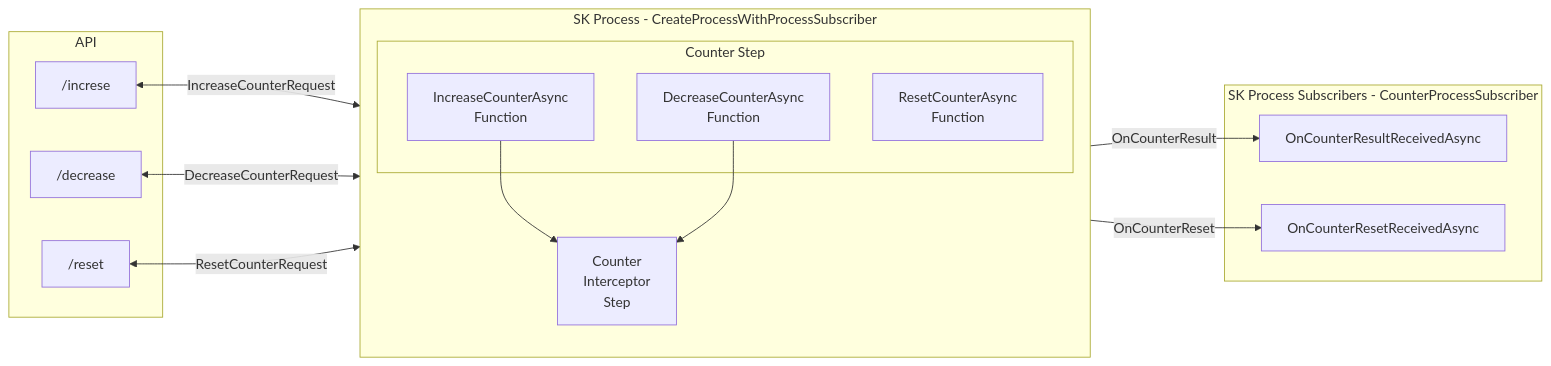
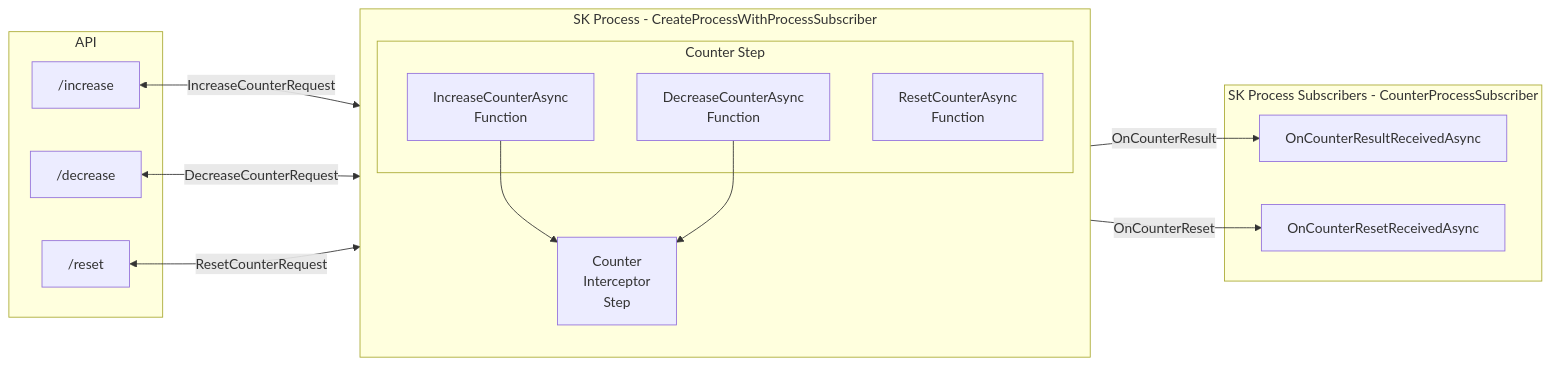
Before and after one commit to microsoft/semantic-kernel: the second of 2 diagrams in dotnet/samples/Demos/ProcessWithCloudEvents/README.md, drawn with Mermaid. The commit also changed other lines of this file, not shown here.

````diff
--- a/dotnet/samples/Demos/ProcessWithCloudEvents/README.md
+++ b/dotnet/samples/Demos/ProcessWithCloudEvents/README.md
@@ -107,33 +107,33 @@
 ```mermaid
 flowchart LR
     subgraph API  
-        ApiIncrease["/increse"]  
+        ApiIncrease["/increase"]  
         ApiDecrease["/decrease"]  
         ApiReset["/reset"]  
     end 
 
    subgraph process[SK Process - CreateProcessWithProcessSubscriber]
       direction TB
       subgraph counter[Counter Step]
         increaseCounter[IncreaseCounterAsync<br/>Function]
         decreaseCounter[DecreaseCounterAsync<br/>Function]
         resetCounter[ResetCounterAsync<br/>Function]
       end
       counterInterceptor[Counter <br/> Interceptor <br/> Step]
 
       increaseCounter--> counterInterceptor
       decreaseCounter--> counterInterceptor
    end
 
    subgraph processInterceptor[SK Process Subscribers - CounterProcessSubscriber]
       OnCounterResultReceivedAsync
       OnCounterResetReceivedAsync
    end
 
    counterInterceptor-->|OnCounterResult|OnCounterResultReceivedAsync
    resetCounter-->|OnCounterReset|OnCounterResetReceivedAsync
 
    ApiIncrease<-->|IncreaseCounterRequest|increaseCounter
    ApiDecrease<-->|DecreaseCounterRequest|decreaseCounter
    ApiReset<-->|ResetCounterRequest|resetCounter
 ```
````
